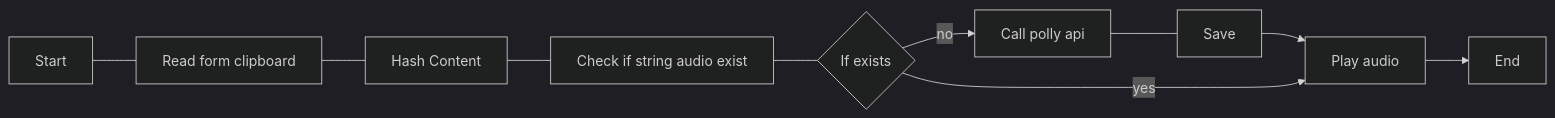
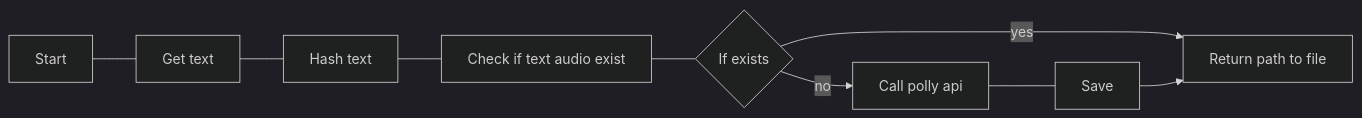
The diagram in Readme.md (Luviz/tts-polly), drawn with Mermaid (dark theme) before and after one commit. The commit also changed other lines of this file, not shown here.

````diff
--- a/Readme.md
+++ b/Readme.md
@@ -7,20 +6,18 @@
 ```mermaid
 flowchart LR
     
     S[Start]
-    E[End]
-    RC[Read form clipboard]
-    HASH[Hash Content]
-    CHECK[Check if string audio exist]
+    RC[Get text]
+    HASH[Hash text]
+    CHECK[Check if text audio exist]
     IF{If exists}
     CALL[Call polly api]
     SAVE[Save]
-    PLAY[Play audio]
+    PLAY[Return path to file]
 
     S --- RC --- HASH 
     HASH --- CHECK --- IF
+    IF --> |yes| PLAY
     IF --> |no| CALL --- SAVE --> PLAY
-    IF --> |yes| PLAY
-    PLAY --> E
 
 ```
````
